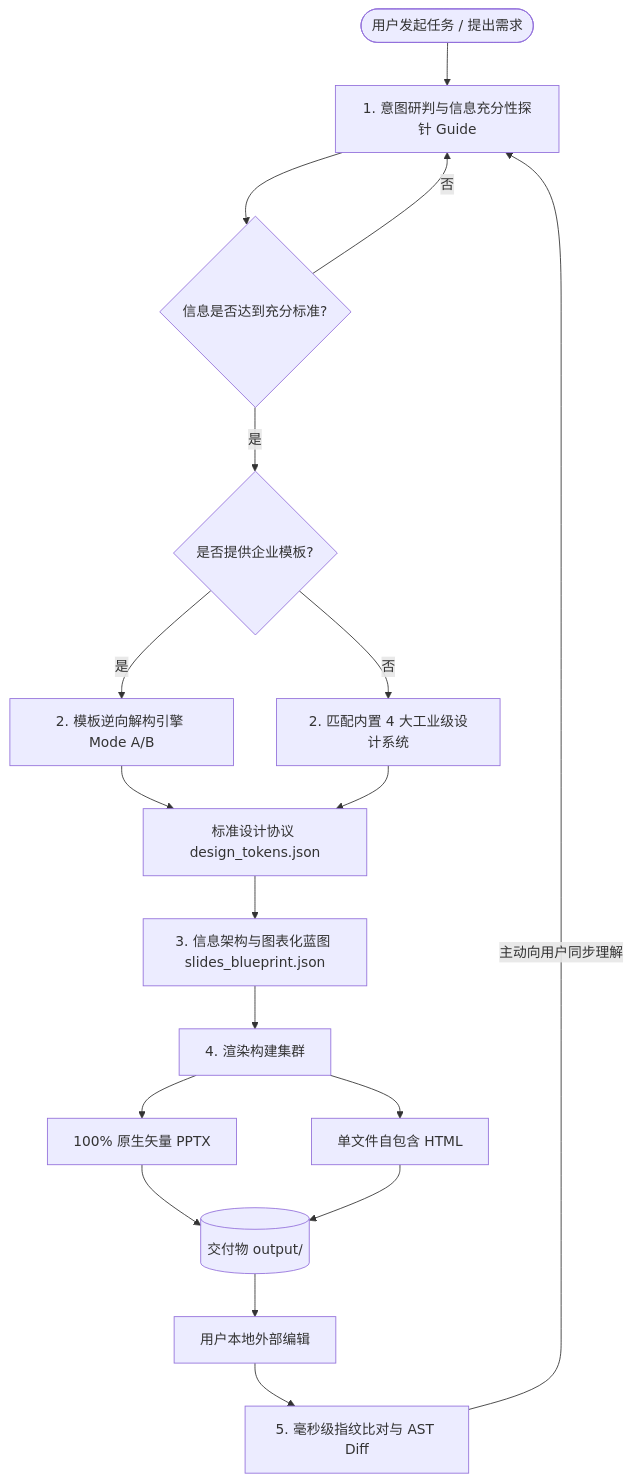
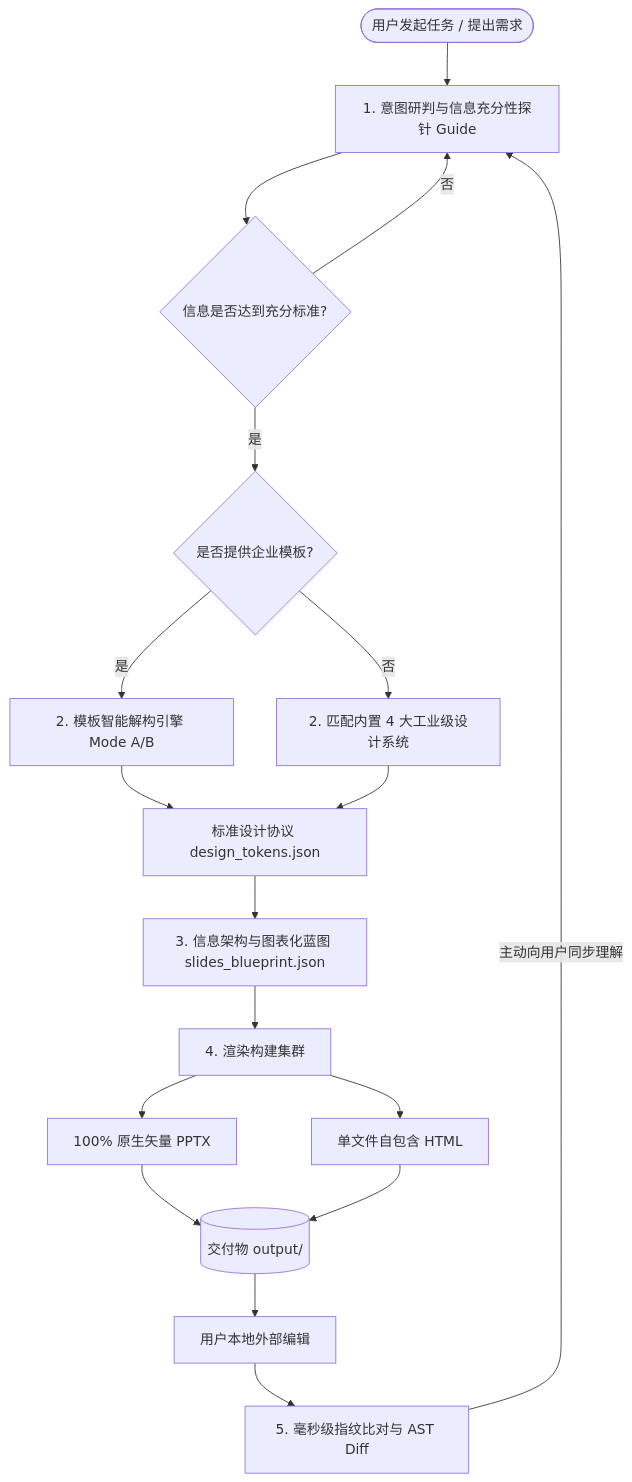
One commit to kts-kris/undoPPT changed the diagram in README.md. Above: the diagram before and after it, drawn with Mermaid. The commit also changed other lines of this file and 3 other files, not shown here.

````diff
--- a/README.md
+++ b/README.md
@@ -42,26 +42,26 @@
 ```mermaid
 graph TD
     User([用户发起任务 / 提出需求]) --> Guide[1. 意图研判与信息充分性探针 Guide]
     Guide --> Probe{信息是否达到充分标准?}
     Probe -- 否 --> Guide
     Probe -- 是 --> UndoDecision{是否提供企业模板?}
     
-    UndoDecision -- 是 --> UndoEngine[2. 模板逆向解构引擎 Mode A/B]
+    UndoDecision -- 是 --> UndoEngine[2. 模板智能解构引擎 Mode A/B]
     UndoDecision -- 否 --> Presets[2. 匹配内置 4 大工业级设计系统]
     
     UndoEngine --> Tokens[标准设计协议 design_tokens.json]
     Presets --> Tokens
     
     Tokens --> InfoArch[3. 信息架构与图表化蓝图 slides_blueprint.json]
     InfoArch --> Compiler[4. 渲染构建集群]
     
     Compiler --> PPTX[100% 原生矢量 PPTX]
     Compiler --> HTML[单文件自包含 HTML]
     
     PPTX --> Deliverable[(交付物 output/)]
     HTML --> Deliverable
     
     Deliverable --> LocalEdit[用户本地外部编辑]
     LocalEdit --> SyncWatcher[5. 毫秒级指纹比对与 AST Diff]
     SyncWatcher -->|主动向用户同步理解| Guide
 ```
````
